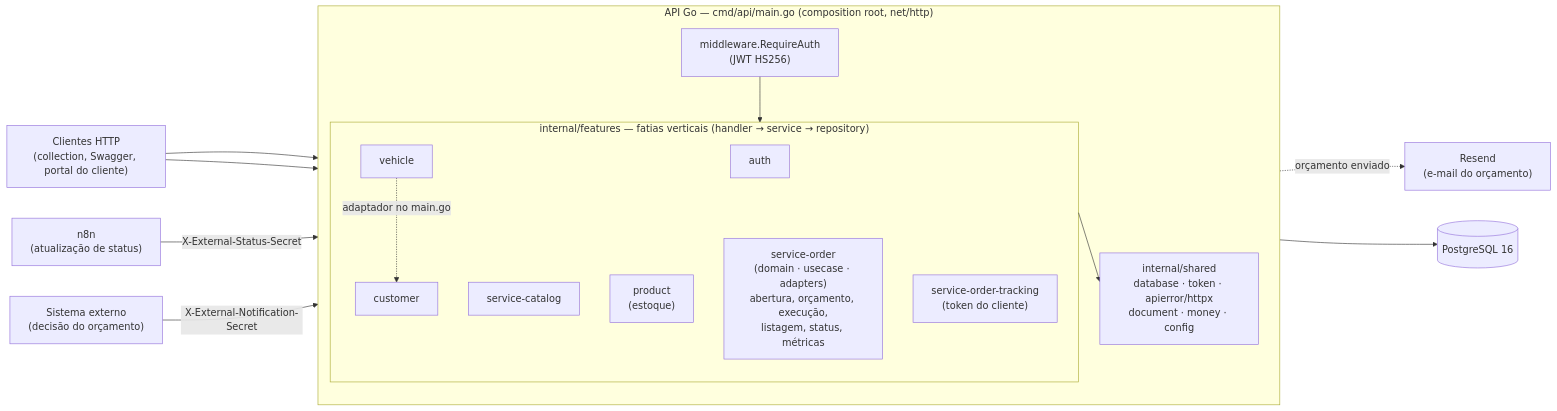
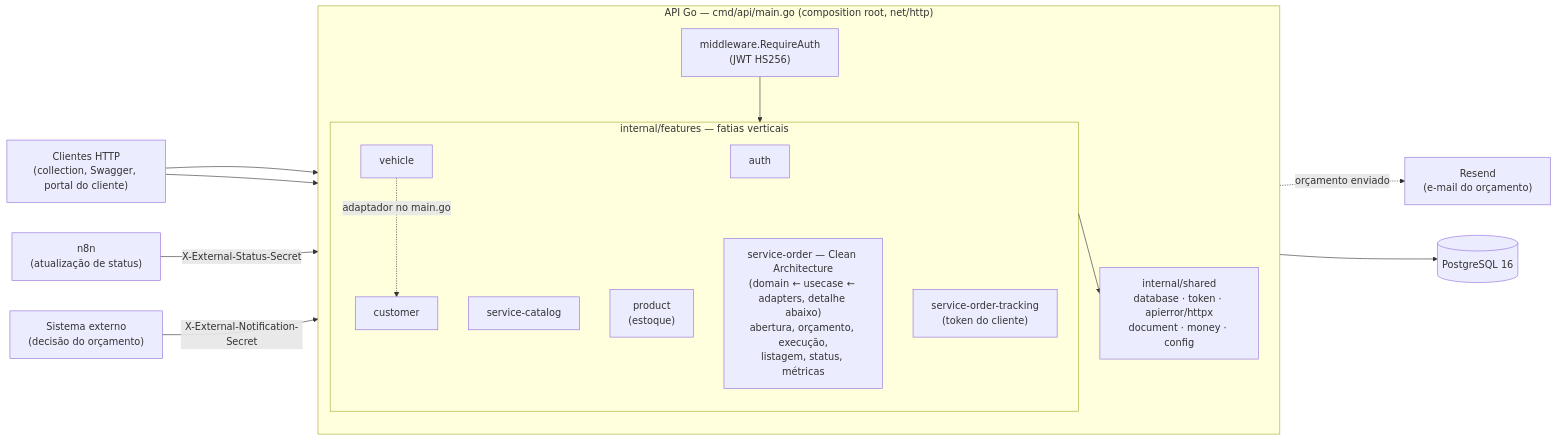
One commit to Os-Fiapudos/automotive-workshop-api changed the first of 4 diagrams in README.md. Above: the diagram before and after it, drawn with Mermaid. The commit also changed other lines of this file, not shown here.

````diff
--- a/README.md
+++ b/README.md
@@ -122,32 +144,32 @@
 ```mermaid
 flowchart LR
     client["Clientes HTTP<br/>(collection, Swagger, portal do cliente)"]
     n8n["n8n<br/>(atualização de status)"]
     ext["Sistema externo<br/>(decisão do orçamento)"]
     resend["Resend<br/>(e-mail do orçamento)"]
 
     subgraph api["API Go — cmd/api/main.go (composition root, net/http)"]
         direction TB
         mw["middleware.RequireAuth<br/>(JWT HS256)"]
-        subgraph features["internal/features — fatias verticais (handler → service → repository)"]
+        subgraph features["internal/features — fatias verticais"]
             auth["auth"]
             customer["customer"]
             vehicle["vehicle"]
             catalog["service-catalog"]
             product["product<br/>(estoque)"]
-            order["service-order<br/>(domain · usecase · adapters)<br/>abertura, orçamento, execução,<br/>listagem, status, métricas"]
+            order["service-order — Clean Architecture<br/>(domain ← usecase ← adapters, detalhe abaixo)<br/>abertura, orçamento, execução,<br/>listagem, status, métricas"]
             tracking["service-order-tracking<br/>(token do cliente)"]
         end
         shared["internal/shared<br/>database · token · apierror/httpx<br/>document · money · config"]
     end
 
     db[("PostgreSQL 16")]
 
     client --> mw --> features
     client --> tracking
     n8n -- "X-External-Status-Secret" --> order
     ext -- "X-External-Notification-Secret" --> order
     order -. "orçamento enviado" .-> resend
     vehicle -. "adaptador no main.go" .-> customer
     features --> shared --> db
 ```
````
